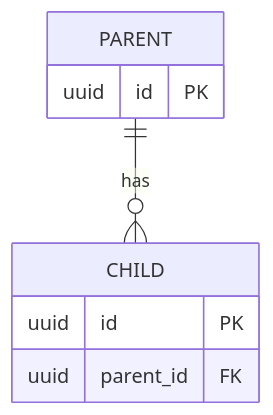
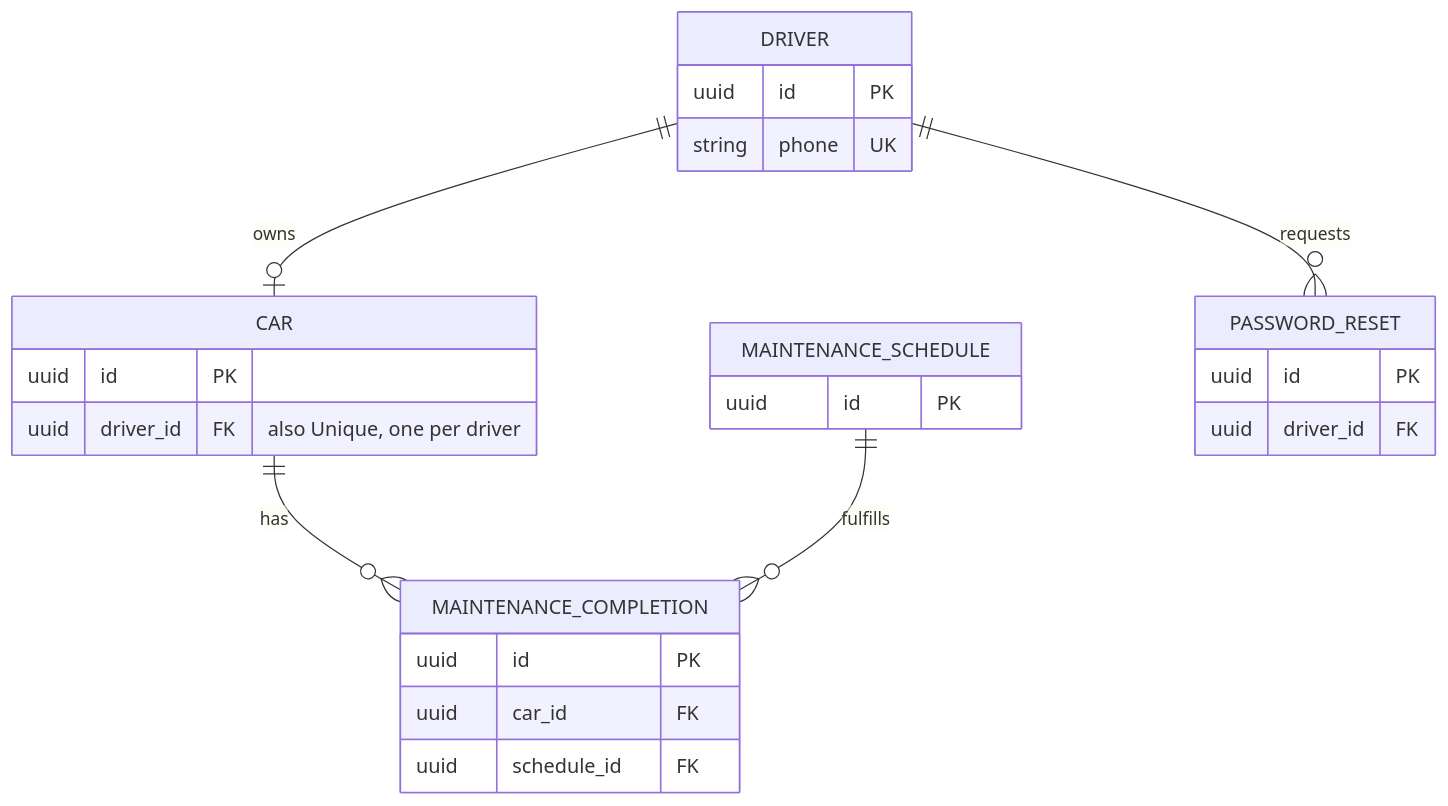
The diagram in docs/data-api-design.md (edwarka/Team-1-System-Design-Final-Project), drawn with Mermaid before and after one commit. The commit also changed other lines of this file, not shown here.

````diff
--- a/docs/data-api-design.md
+++ b/docs/data-api-design.md
@@ -52,11 +110,28 @@
 ```mermaid
 erDiagram
-  PARENT ||--o{ CHILD : "has"
-  PARENT {
+  DRIVER ||--o| CAR : owns
+  CAR ||--o{ MAINTENANCE_COMPLETION : has
+  MAINTENANCE_SCHEDULE ||--o{ MAINTENANCE_COMPLETION : fulfills
+  DRIVER ||--o{ PASSWORD_RESET : requests
+
+  DRIVER {
+    uuid id PK
+    string phone UK
+  }
+  CAR {
+    uuid id PK
+    uuid driver_id FK "also Unique, one per driver"
+  }
+  MAINTENANCE_SCHEDULE {
     uuid id PK
   }
-  CHILD {
+  MAINTENANCE_COMPLETION {
     uuid id PK
-    uuid parent_id FK
+    uuid car_id FK
+    uuid schedule_id FK
+  }
+  PASSWORD_RESET {
+    uuid id PK
+    uuid driver_id FK
   }
 ```
````
